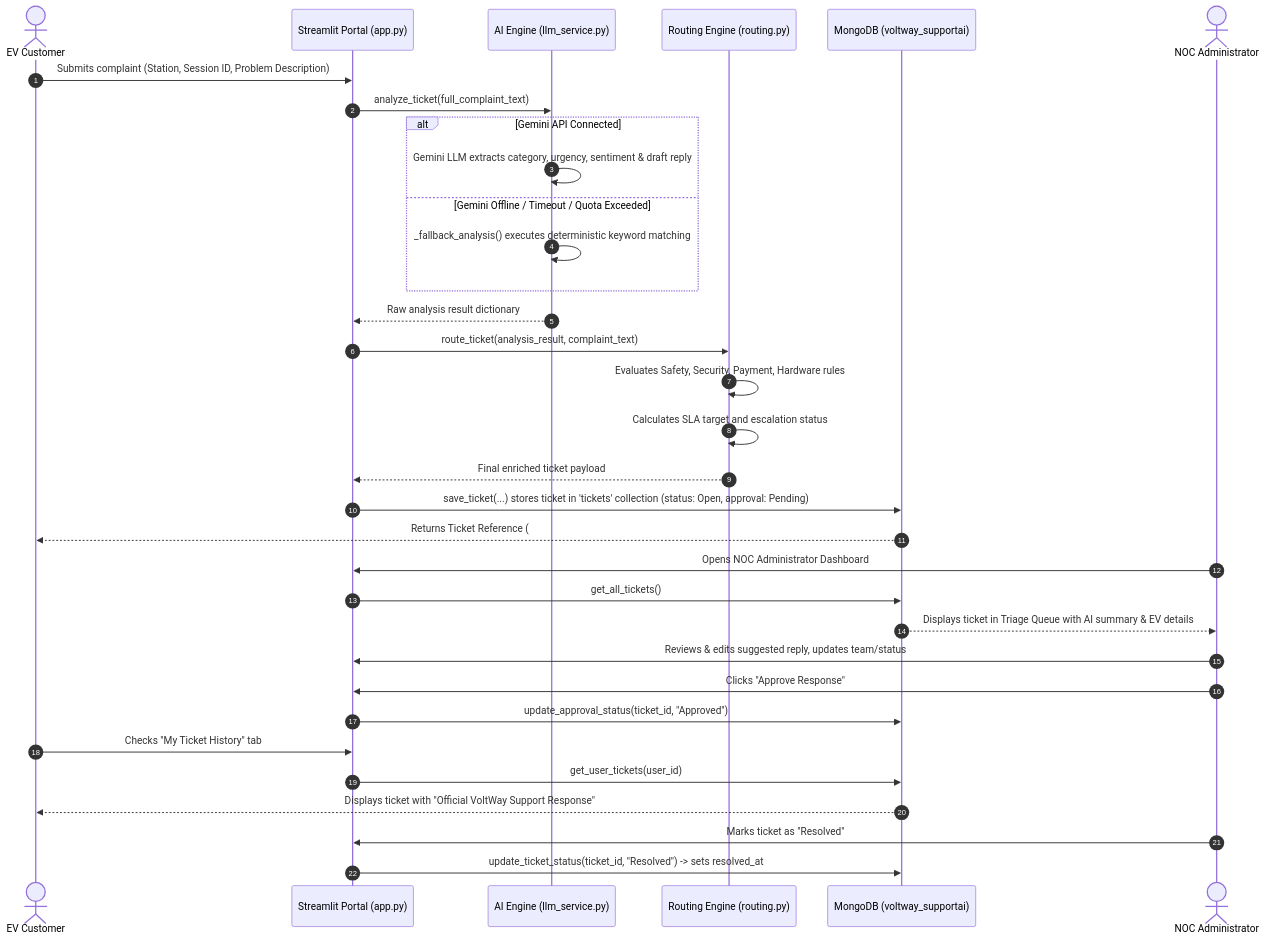
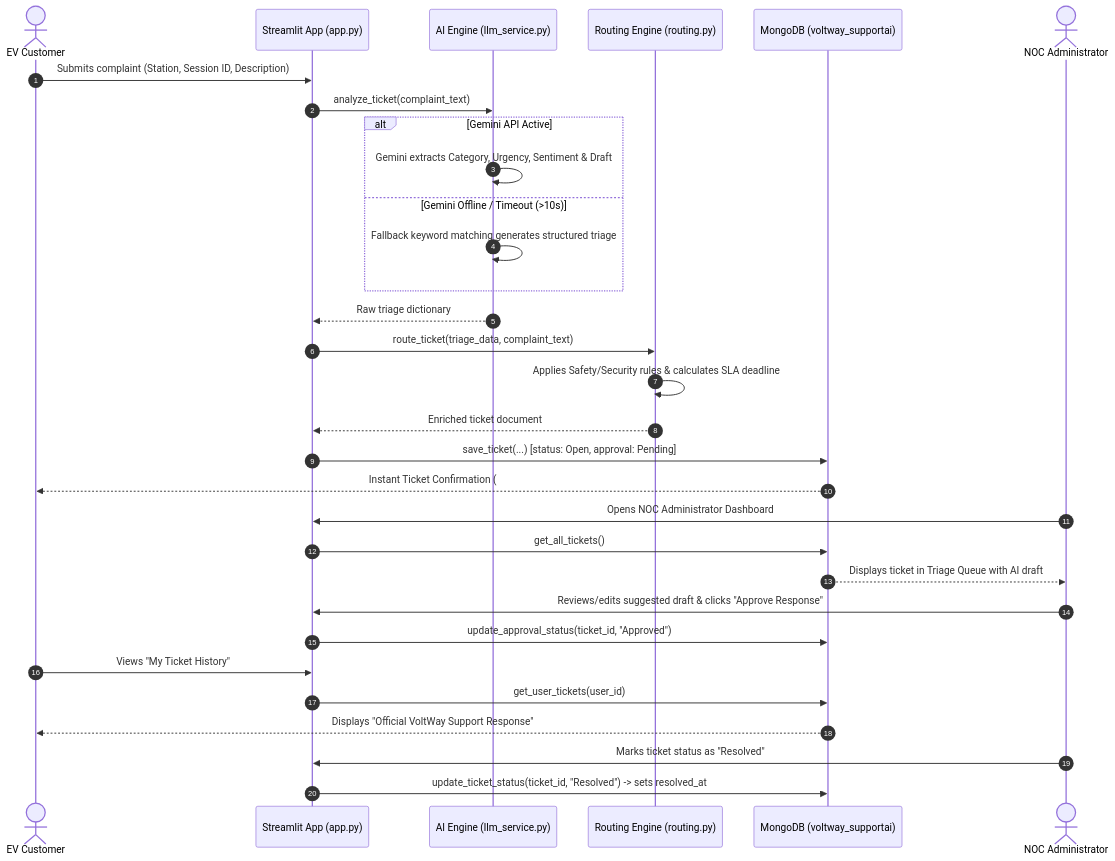
Before and after one commit to Pratik5400/Support_Ticket_Al: the second of 2 diagrams in README.md, drawn with Mermaid. The commit also changed other lines of this file and 2 other files, not shown here.

````diff
--- a/README.md
+++ b/README.md
@@ -229,39 +214,37 @@
 ```mermaid
 sequenceDiagram
     autonumber
     actor Driver as EV Customer
-    participant App as Streamlit Portal (app.py)
+    participant App as Streamlit App (app.py)
     participant AI as AI Engine (llm_service.py)
     participant Router as Routing Engine (routing.py)
     participant DB as MongoDB (voltway_supportai)
     actor Admin as NOC Administrator
 
-    Driver->>App: Submits complaint (Station, Session ID, Problem Description)
-    App->>AI: analyze_ticket(full_complaint_text)
-    alt Gemini API Connected
-        AI->>AI: Gemini LLM extracts category, urgency, sentiment & draft reply
-    else Gemini Offline / Timeout / Quota Exceeded
-        AI->>AI: _fallback_analysis() executes deterministic keyword matching
+    Driver->>App: Submits complaint (Station, Session ID, Description)
+    App->>AI: analyze_ticket(complaint_text)
+    alt Gemini API Active
+        AI->>AI: Gemini extracts Category, Urgency, Sentiment & Draft
+    else Gemini Offline / Timeout (>10s)
+        AI->>AI: Fallback keyword matching generates structured triage
     end
-    AI-->>App: Raw analysis result dictionary
-    App->>Router: route_ticket(analysis_result, complaint_text)
-    Router->>Router: Evaluates Safety, Security, Payment, Hardware rules
-    Router->>Router: Calculates SLA target and escalation status
-    Router-->>App: Final enriched ticket payload
-    App->>DB: save_ticket(...) stores ticket in 'tickets' collection (status: Open, approval: Pending)
-    DB-->>Driver: Returns Ticket Reference (#ID)
-    
+    AI-->>App: Raw triage dictionary
+    App->>Router: route_ticket(triage_data, complaint_text)
+    Router->>Router: Applies Safety/Security rules & calculates SLA deadline
+    Router-->>App: Enriched ticket document
+    App->>DB: save_ticket(...) [status: Open, approval: Pending]
+    DB-->>Driver: Instant Ticket Confirmation (#ID)
+
     Admin->>App: Opens NOC Administrator Dashboard
     App->>DB: get_all_tickets()
-    DB-->>Admin: Displays ticket in Triage Queue with AI summary & EV details
-    Admin->>App: Reviews & edits suggested reply, updates team/status
-    Admin->>App: Clicks "Approve Response"
+    DB-->>Admin: Displays ticket in Triage Queue with AI draft
+    Admin->>App: Reviews/edits suggested draft & clicks "Approve Response"
     App->>DB: update_approval_status(ticket_id, "Approved")
     
-    Driver->>App: Checks "My Ticket History" tab
+    Driver->>App: Views "My Ticket History"
     App->>DB: get_user_tickets(user_id)
-    DB-->>Driver: Displays ticket with "Official VoltWay Support Response"
+    DB-->>Driver: Displays "Official VoltWay Support Response"
     
-    Admin->>App: Marks ticket as "Resolved"
+    Admin->>App: Marks ticket status as "Resolved"
     App->>DB: update_ticket_status(ticket_id, "Resolved") -> sets resolved_at
 ```
````
